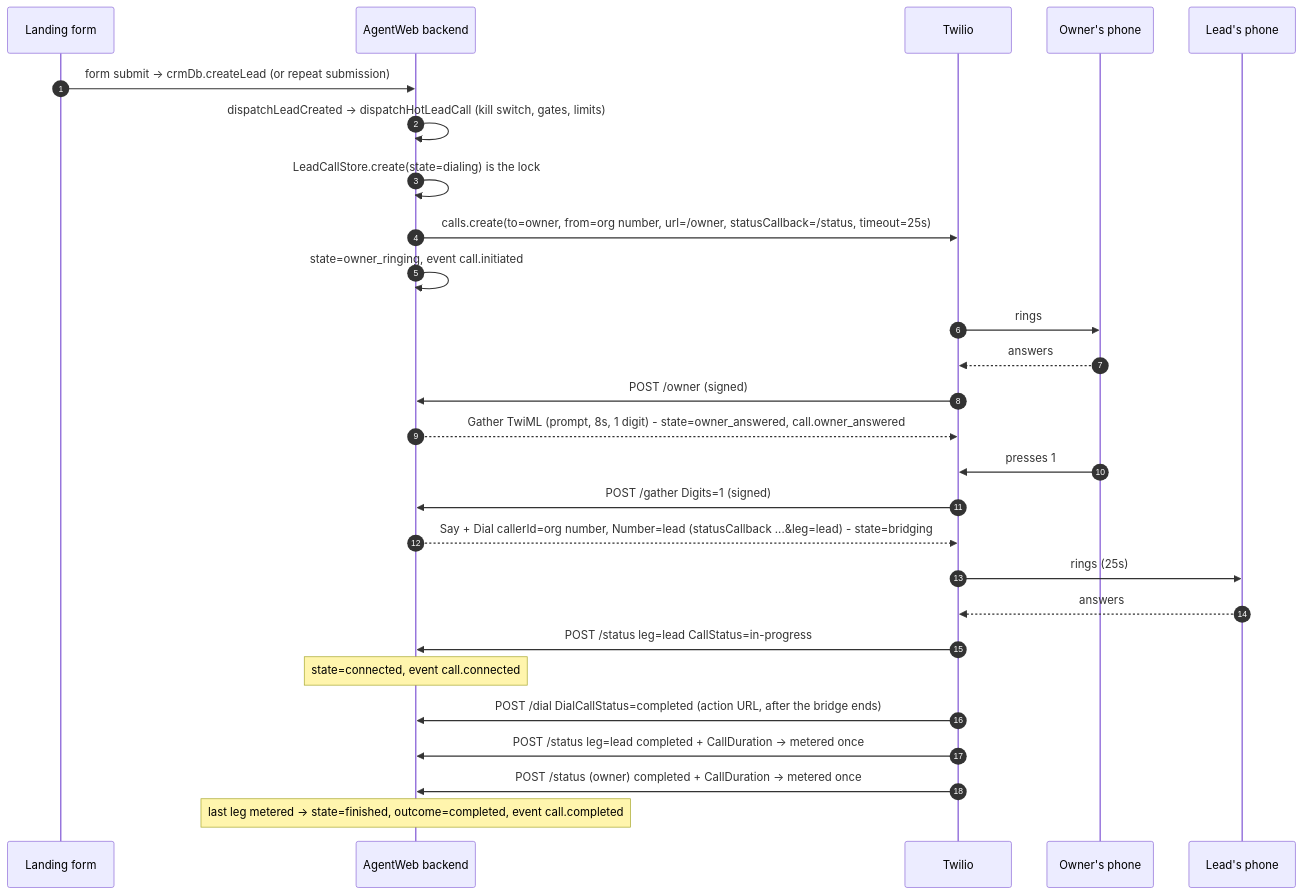
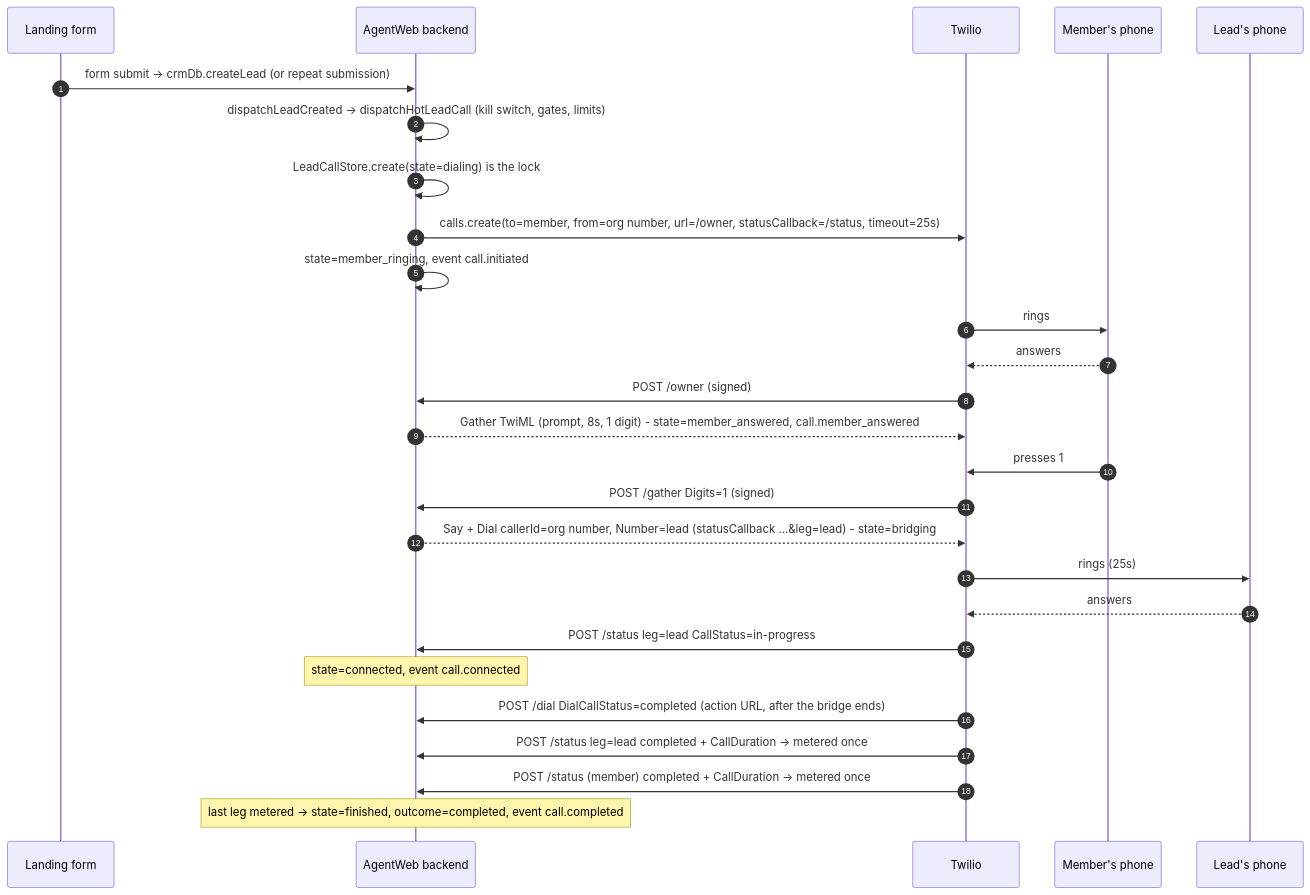
The diagram in backend/docs/integrations/hot-lead-call.md (kvnloo/agentweb-backup), drawn with Mermaid before and after one commit. The commit also changed other lines of this file and 19 other files, not shown here.

First line of the commit message:
Rename the owner vocabulary to member across the call feature

````diff
--- a/backend/docs/integrations/hot-lead-call.md
+++ b/backend/docs/integrations/hot-lead-call.md
@@ -40,30 +40,30 @@
 ```mermaid
 sequenceDiagram
   autonumber
   participant Lead as Landing form
   participant App as AgentWeb backend
   participant Tw as Twilio
-  participant Owner as Owner's phone
+  participant Member as Member's phone
   participant LeadPhone as Lead's phone
 
   Lead->>App: form submit -> crmDb.createLead (or repeat submission)
   App->>App: dispatchLeadCreated -> dispatchHotLeadCall (kill switch, gates, limits)
   App->>App: LeadCallStore.create(state=dialing) is the lock
-  App->>Tw: calls.create(to=owner, from=org number, url=/owner, statusCallback=/status, timeout=25s)
-  App->>App: state=owner_ringing, event call.initiated
-  Tw->>Owner: rings
-  Owner-->>Tw: answers
+  App->>Tw: calls.create(to=member, from=org number, url=/owner, statusCallback=/status, timeout=25s)
+  App->>App: state=member_ringing, event call.initiated
+  Tw->>Member: rings
+  Member-->>Tw: answers
   Tw->>App: POST /owner (signed)
-  App-->>Tw: Gather TwiML (prompt, 8s, 1 digit) - state=owner_answered, call.owner_answered
-  Owner->>Tw: presses 1
+  App-->>Tw: Gather TwiML (prompt, 8s, 1 digit) - state=member_answered, call.member_answered
+  Member->>Tw: presses 1
   Tw->>App: POST /gather Digits=1 (signed)
   App-->>Tw: Say + Dial callerId=org number, Number=lead (statusCallback ...&leg=lead) - state=bridging
   Tw->>LeadPhone: rings (25s)
   LeadPhone-->>Tw: answers
   Tw->>App: POST /status leg=lead CallStatus=in-progress
   Note over App: state=connected, event call.connected
   Tw->>App: POST /dial DialCallStatus=completed (action URL, after the bridge ends)
   Tw->>App: POST /status leg=lead completed + CallDuration  -> metered once
-  Tw->>App: POST /status (owner) completed + CallDuration   -> metered once
+  Tw->>App: POST /status (member) completed + CallDuration   -> metered once
   Note over App: last leg metered -> state=finished, outcome=completed, event call.completed
 ```
````
